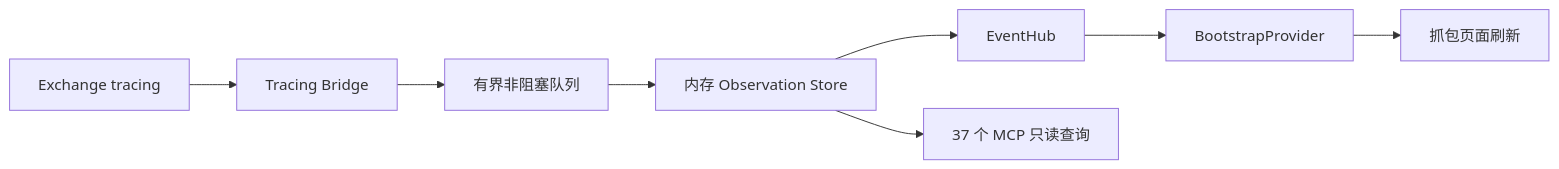
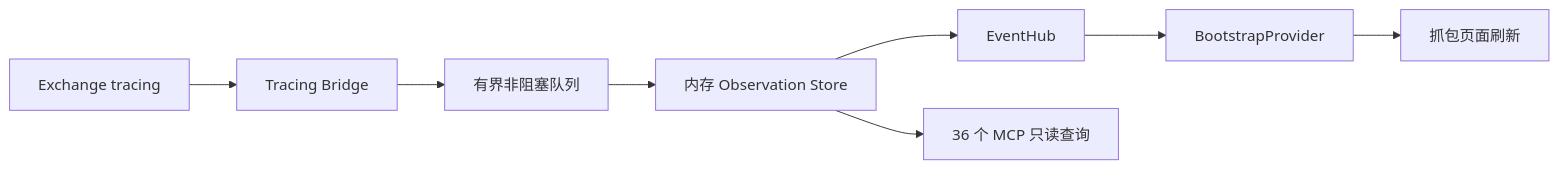
The fifth of 5 diagrams in docs/architecture/data-flow.md (kouxko/gmofg-payment-proxy), drawn with Mermaid before and after one commit. The commit also changed other lines of this file and 32 other files, not shown here.

Commit message:
docs(architecture): align package and rule contracts

````diff
--- a/docs/architecture/data-flow.md
+++ b/docs/architecture/data-flow.md
@@ -148,10 +148,10 @@
 ```mermaid
 flowchart LR
     EX[Exchange tracing] --> BRIDGE[Tracing Bridge]
     BRIDGE --> QUEUE[有界非阻塞队列]
     QUEUE --> STORE[内存 Observation Store]
     STORE --> EVENTS[EventHub]
     EVENTS --> BOOT[BootstrapProvider]
     BOOT --> CAPTURE[抓包页面刷新]
-    STORE --> MCP[37 个 MCP 只读查询]
+    STORE --> MCP[36 个 MCP 只读查询]
 ```
````
